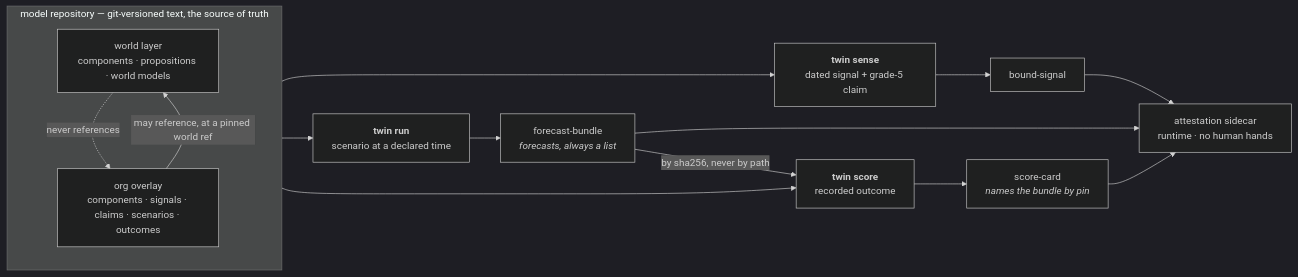
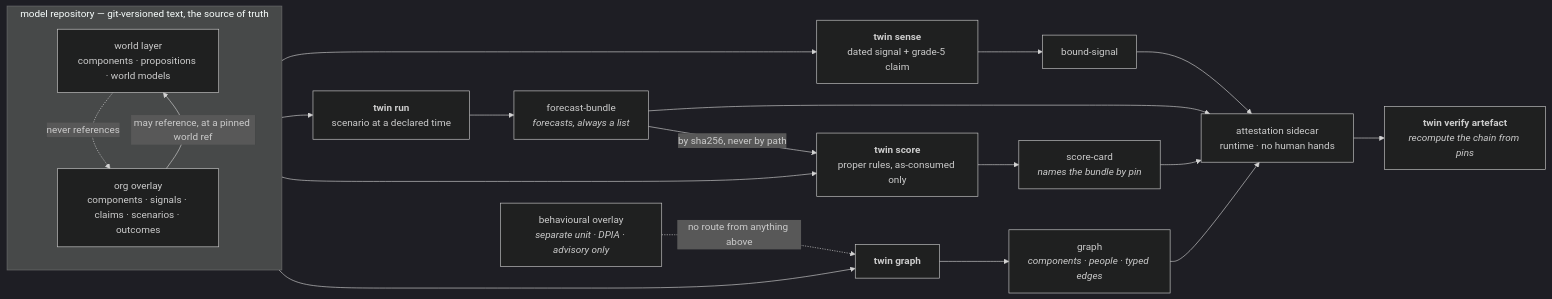
One commit to policy-as-versioned-flux/policy-as-versioned-flux changed the diagram in twin/README.md. Above: the diagram before and after it, drawn with Mermaid (dark theme). The commit also changed other lines of this file and 25 other files, not shown here.

First line of the commit message:
Build tickets 08, 10 and 12: schema, proper scoring, reproduce from pins

````diff
--- a/twin/README.md
+++ b/twin/README.md
@@ -31,18 +35,23 @@
 ```mermaid
 flowchart LR
   subgraph repo["model repository — git-versioned text, the source of truth"]
     W["world layer<br/>components · propositions · world models"]
     O["org overlay<br/>components · signals · claims · scenarios · outcomes"]
     O -- "may reference, at a pinned world ref" --> W
     W -. "never references" .-> O
   end
 
+  B["behavioural overlay<br/><i>separate unit · DPIA · advisory only</i>"]
+
   S["<b>twin sense</b><br/>dated signal + grade-5 claim"] --> BS["bound-signal"]
   R["<b>twin run</b><br/>scenario at a declared time"] --> FB["forecast-bundle<br/><i>forecasts, always a list</i>"]
-  C["<b>twin score</b><br/>recorded outcome"] --> SC["score-card<br/><i>names the bundle by pin</i>"]
+  C["<b>twin score</b><br/>proper rules, as-consumed only"] --> SC["score-card<br/><i>names the bundle by pin</i>"]
+  G["<b>twin graph</b>"] --> GR["graph<br/><i>components · people · typed edges</i>"]
 
-  repo --> S & R & C
+  repo --> S & R & C & G
   FB -- "by sha256, never by path" --> C
+  B -. "no route from anything above" .-> G
 
-  BS & FB & SC --> A["attestation sidecar<br/>runtime · no human hands"]
+  BS & FB & SC & GR --> A["attestation sidecar<br/>runtime · no human hands"]
+  A --> V["<b>twin verify artefact</b><br/><i>recompute the chain from pins</i>"]
 ```
````
